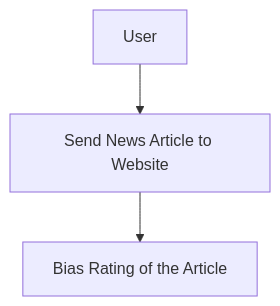
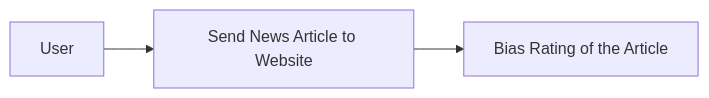
The first of 3 diagrams in homeworks/assignment4_design_diagrams.md (JordanDotPy/Senior_Capstone), drawn with Mermaid before and after one commit.

````diff
--- a/homeworks/assignment4_design_diagrams.md
+++ b/homeworks/assignment4_design_diagrams.md
@@ -3,6 +3,6 @@
 ```mermaid
-graph TD;
+graph LR;
     A[User] --> B;
     B[Send News Article to Website] --> C;
     C[Bias Rating of the Article];
 ```
````
